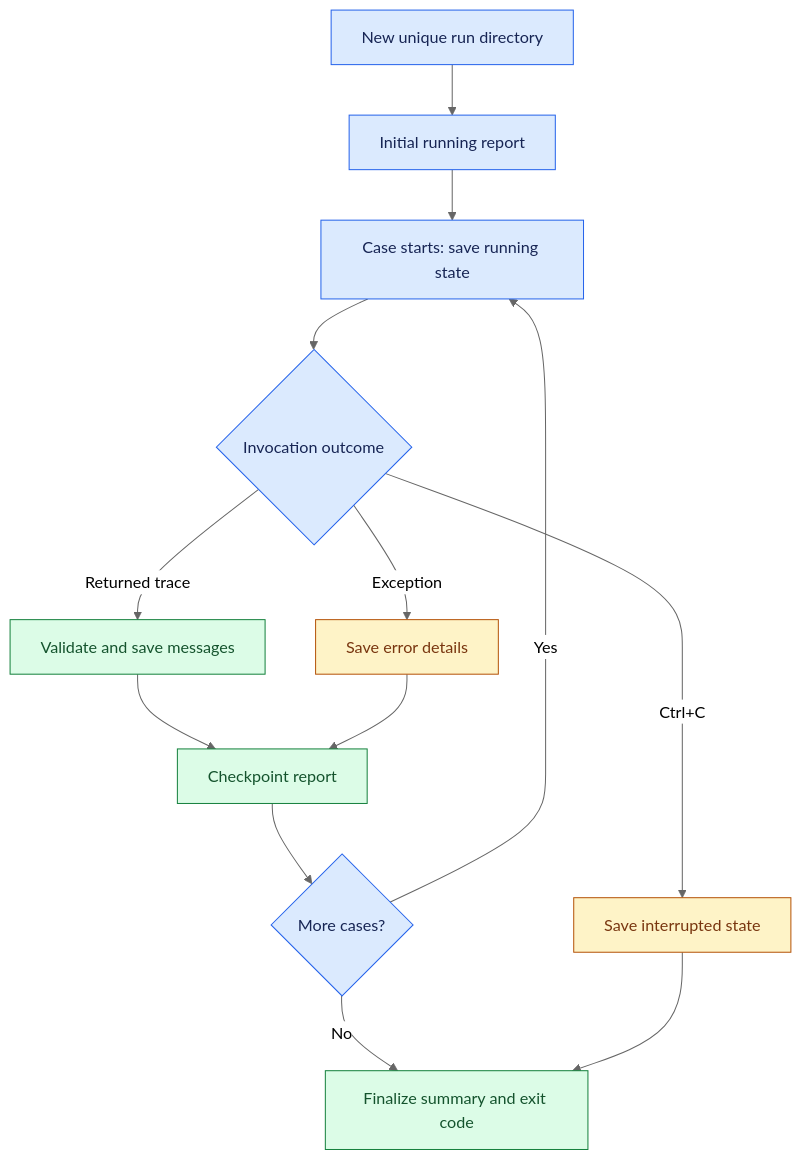
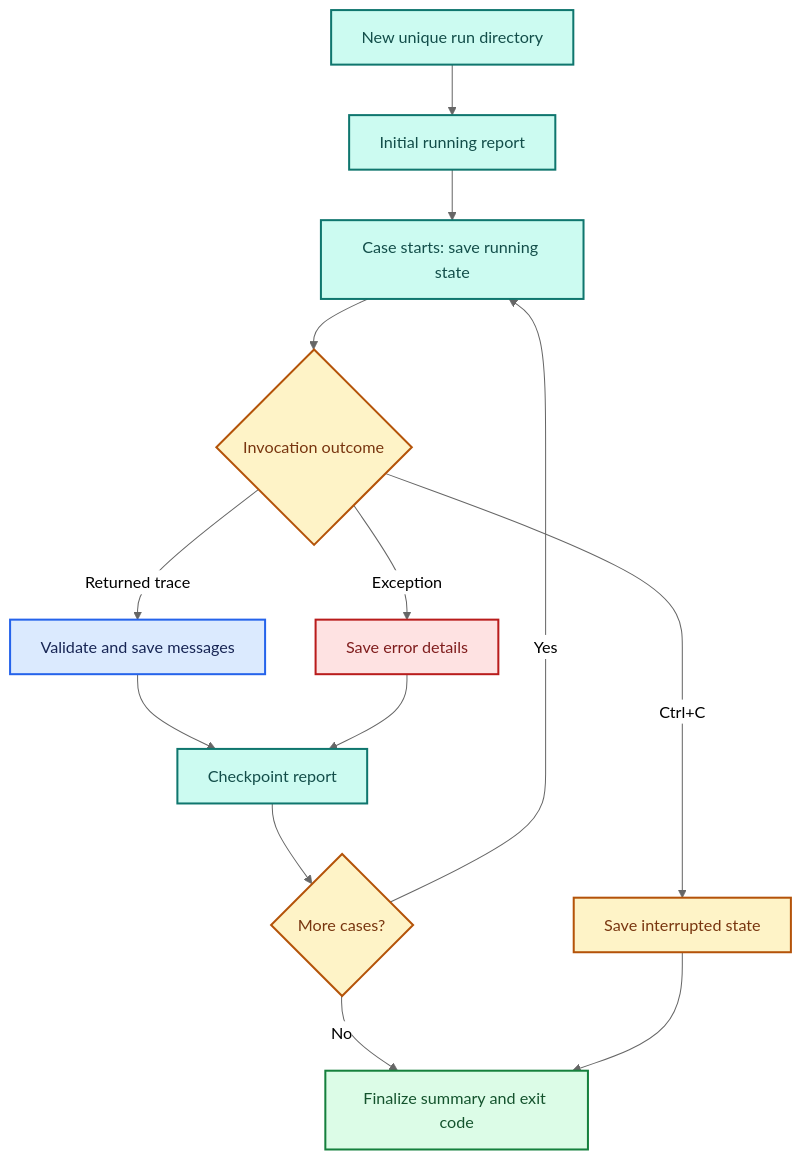
Before and after one commit to anne500/ai-agent-evaluation-harness: the diagram in docs/structured-evidence.md, drawn with Mermaid (neutral theme).

Commit message:
Apply shared architecture colors and visual conventions

````diff
--- a/docs/structured-evidence.md
+++ b/docs/structured-evidence.md
@@ -17,21 +17,30 @@
 ```mermaid
 flowchart TD
     N["New unique run directory"] --> I["Initial running report"]
     I --> C["Case starts: save running state"]
     C --> A{"Invocation outcome"}
     A -->|Returned trace| V["Validate and save messages"]
     A -->|Exception| E["Save error details"]
     A -->|Ctrl+C| K["Save interrupted state"]
     V --> S["Checkpoint report"]
     E --> S
     S --> M{"More cases?"}
     M -->|Yes| C
     M -->|No| F["Finalize summary and exit code"]
     K --> F
-    classDef blue fill:#DBEAFE,stroke:#2563EB,color:#172554
-    classDef green fill:#DCFCE7,stroke:#15803D,color:#14532D
-    classDef amber fill:#FEF3C7,stroke:#B45309,color:#78350F
-    class N,I,C,A,M blue
-    class V,S,F green
-    class E,K amber
+
+    %% Shared architecture palette: see VISUAL_STYLE.md
+    classDef default fill:#F8FAFC,stroke:#475569,color:#0F172A,stroke-width:2px;
+    classDef process fill:#DBEAFE,stroke:#2563EB,color:#172554,stroke-width:2px;
+    classDef model fill:#EDE9FE,stroke:#7C3AED,color:#3B0764,stroke-width:2px;
+    classDef store fill:#CCFBF1,stroke:#0F766E,color:#134E4A,stroke-width:2px;
+    classDef decision fill:#FEF3C7,stroke:#B45309,color:#78350F,stroke-width:2px;
+    classDef human fill:#FFEDD5,stroke:#C2410C,color:#7C2D12,stroke-width:2px;
+    classDef output fill:#DCFCE7,stroke:#15803D,color:#14532D,stroke-width:2px;
+    classDef failure fill:#FEE2E2,stroke:#B91C1C,color:#7F1D1D,stroke-width:2px;
+    class V process;
+    class N,I,C,S store;
+    class A,M,K decision;
+    class F output;
+    class E failure;
 ```
````
